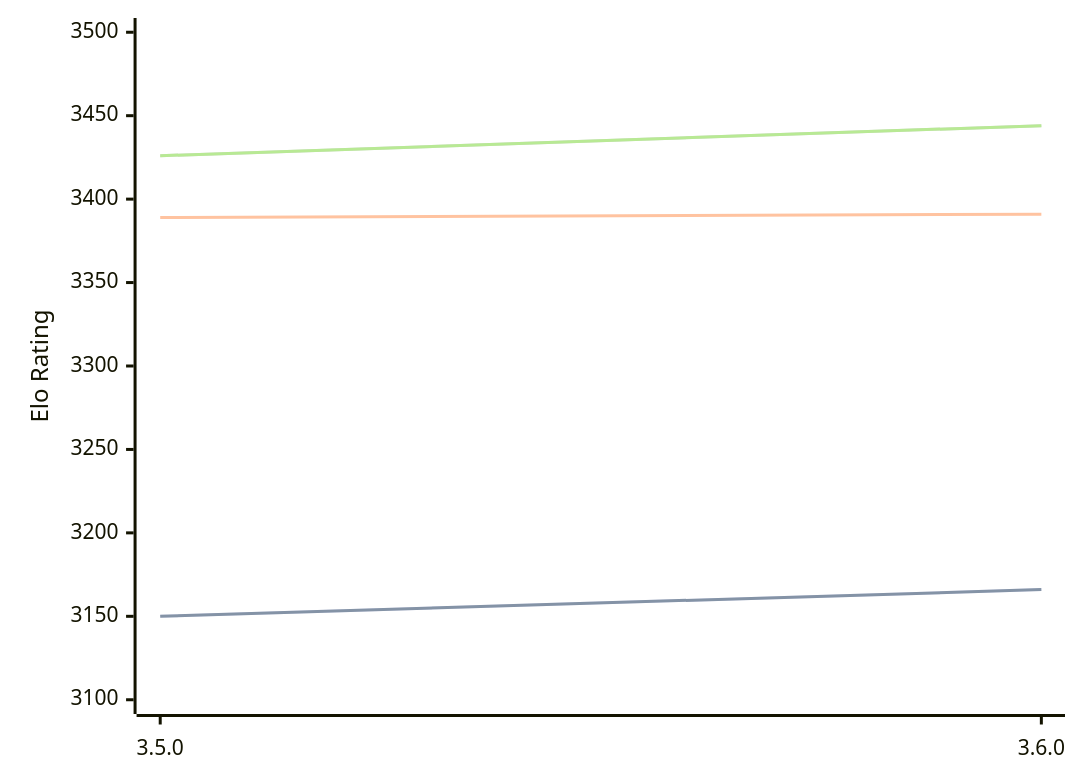
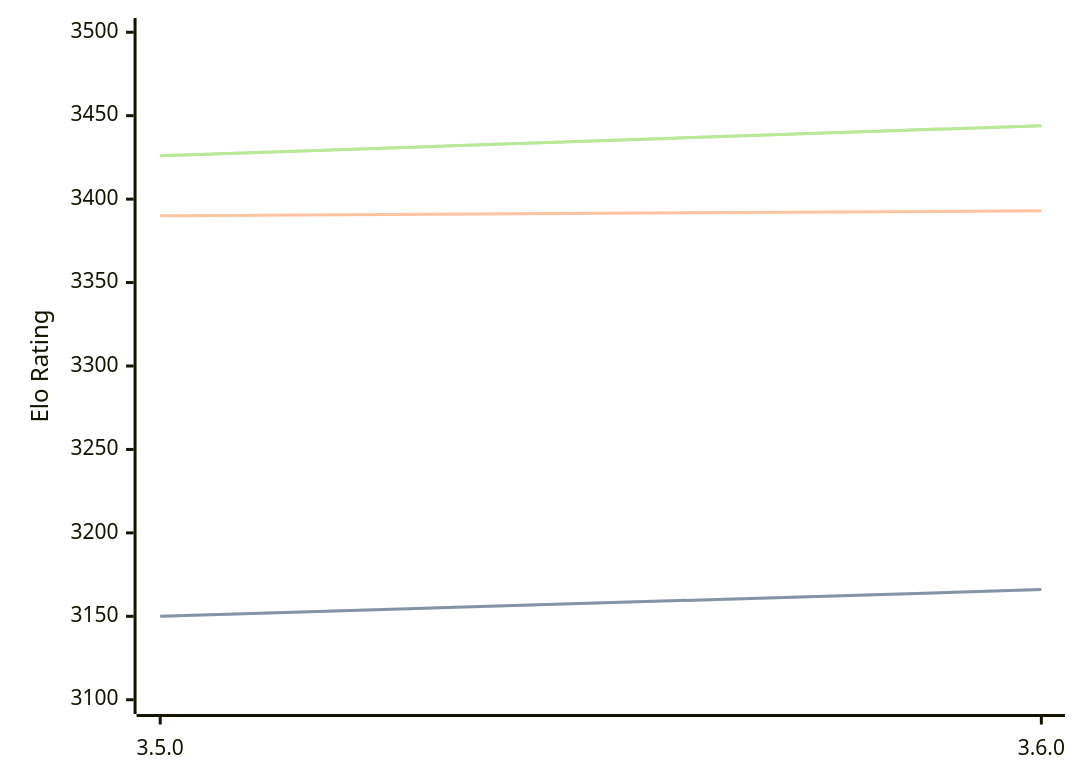
One commit to computer-chess-index/cci changed the third of 3 diagrams in engines/Igel.md. Above: the diagram before and after it, drawn with Mermaid. The commit also changed other lines of this file, not shown here.

````diff
--- a/engines/Igel.md
+++ b/engines/Igel.md
@@ -101,11 +101,11 @@
 ```mermaid
 %%{init: {"theme":"base","themeVariables":{"seriesColors:['#a3a3a3','#222221','#faa371']}}}%%
 xychart-beta
   x-axis ["3.5.0", "3.6.0"]
   y-axis "Elo Rating" 3100 --> 3500
   line "STC (8.0+0.08s)" [3150, 3166]
   line "STC (8.0+0.08s)" [3150, 3166]
-  line "LTC (60.0+0.60s)" [3389, 3391]
+  line "LTC (60.0+0.60s)" [3390, 3393]
   line "VLTC (2m24s+1.12s)" [3426, 3444]
   line "VLTC (2m24s+1.12s)" [3426, 3444]
 ```
````
